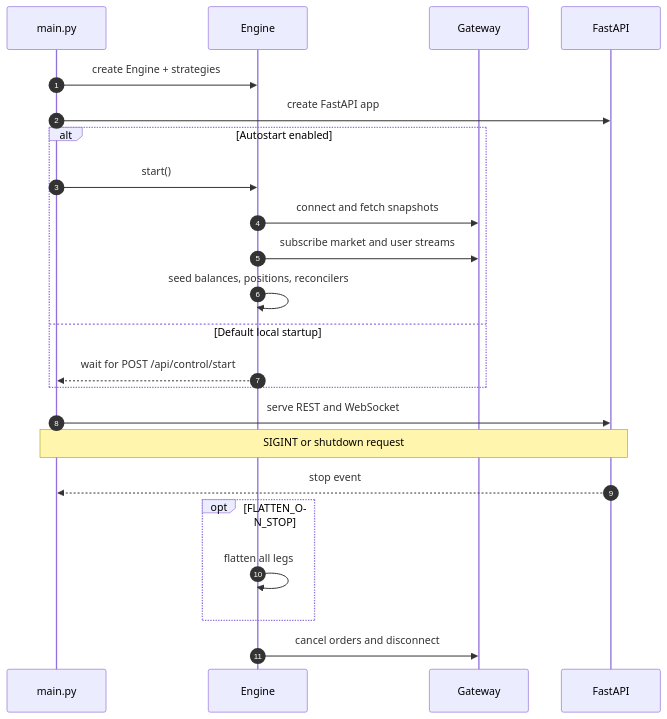
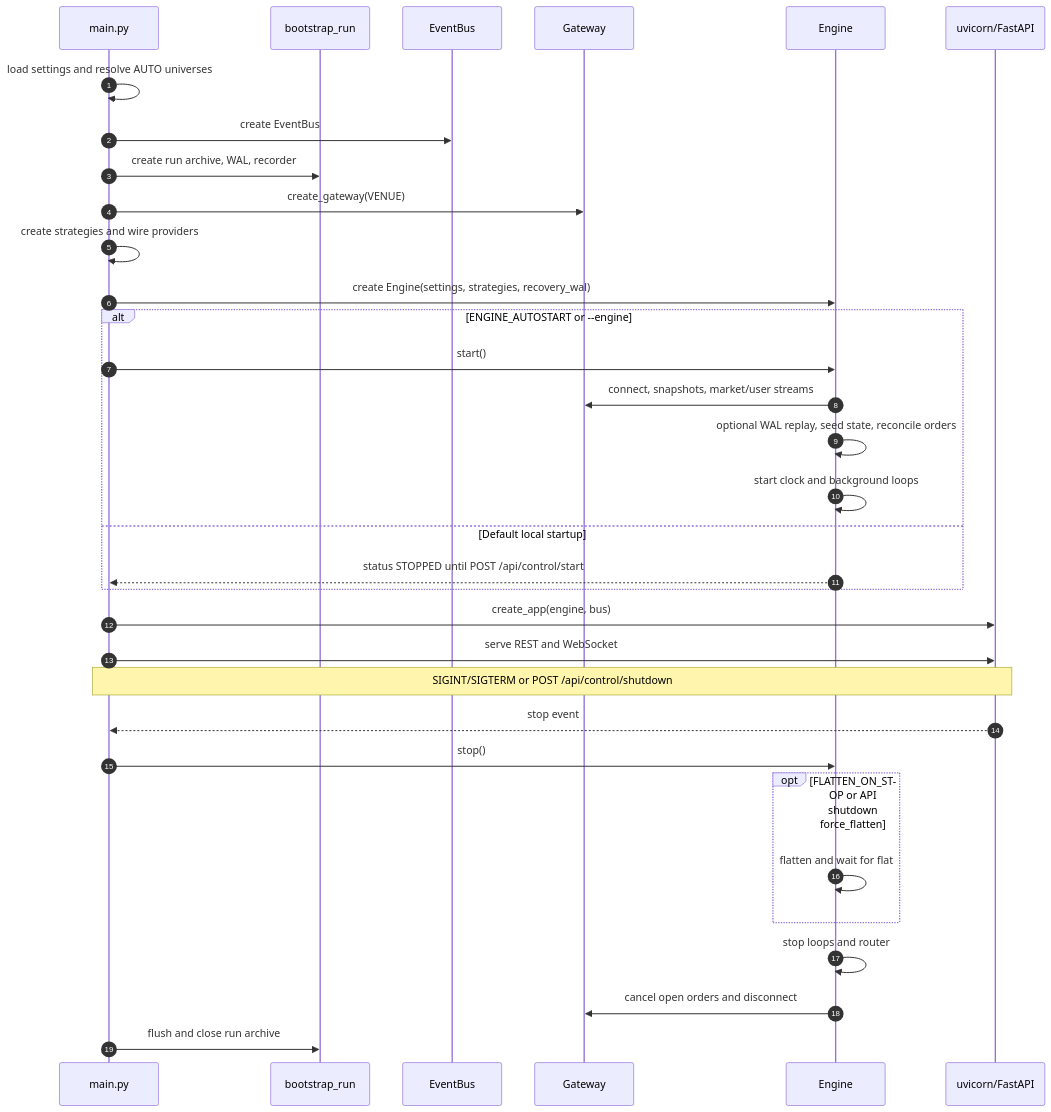
One commit to Zendragon98/algo-trading-hub changed the third of 8 diagrams in README.md. Above: the diagram before and after it, drawn with Mermaid. The commit also changed other lines of this file and 9 other files, not shown here.

Commit message:
Align architecture diagrams with implementation

````diff
--- a/README.md
+++ b/README.md
@@ -533,26 +533,36 @@
 ```mermaid
 sequenceDiagram
     autonumber
     participant Main as main.py
+    participant Boot as bootstrap_run
+    participant Bus as EventBus
+    participant Gateway
     participant Engine
-    participant Gateway
-    participant API as FastAPI
+    participant API as uvicorn/FastAPI
 
-    Main->>Engine: create Engine + strategies
-    Main->>API: create FastAPI app
-    alt Autostart enabled
+    Main->>Main: load settings and resolve AUTO universes
+    Main->>Bus: create EventBus
+    Main->>Boot: create run archive, WAL, recorder
+    Main->>Gateway: create_gateway(VENUE)
+    Main->>Main: create strategies and wire providers
+    Main->>Engine: create Engine(settings, strategies, recovery_wal)
+    alt ENGINE_AUTOSTART or --engine
         Main->>Engine: start()
-        Engine->>Gateway: connect and fetch snapshots
-        Engine->>Gateway: subscribe market and user streams
-        Engine->>Engine: seed balances, positions, reconcilers
+        Engine->>Gateway: connect, snapshots, market/user streams
+        Engine->>Engine: optional WAL replay, seed state, reconcile orders
+        Engine->>Engine: start clock and background loops
     else Default local startup
-        Engine-->>Main: wait for POST /api/control/start
+        Engine-->>Main: status STOPPED until POST /api/control/start
     end
+    Main->>API: create_app(engine, bus)
     Main->>API: serve REST and WebSocket
-    Note over API,Main: SIGINT or shutdown request
+    Note over API,Main: SIGINT/SIGTERM or POST /api/control/shutdown
     API-->>Main: stop event
-    opt FLATTEN_ON_STOP
-        Engine->>Engine: flatten all legs
+    Main->>Engine: stop()
+    opt FLATTEN_ON_STOP or API shutdown force_flatten
+        Engine->>Engine: flatten and wait for flat
     end
-    Engine->>Gateway: cancel orders and disconnect
+    Engine->>Engine: stop loops and router
+    Engine->>Gateway: cancel open orders and disconnect
+    Main->>Boot: flush and close run archive
 ```
````
